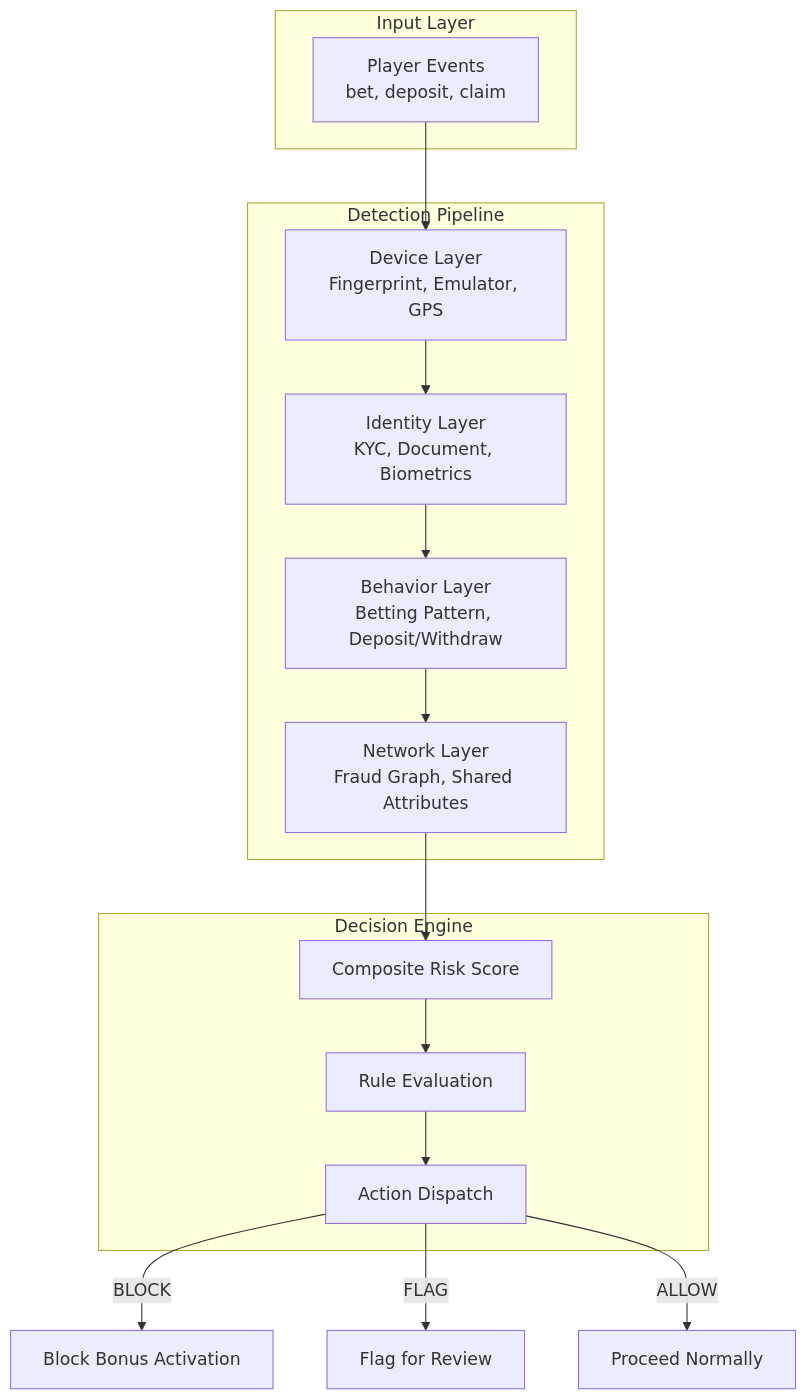
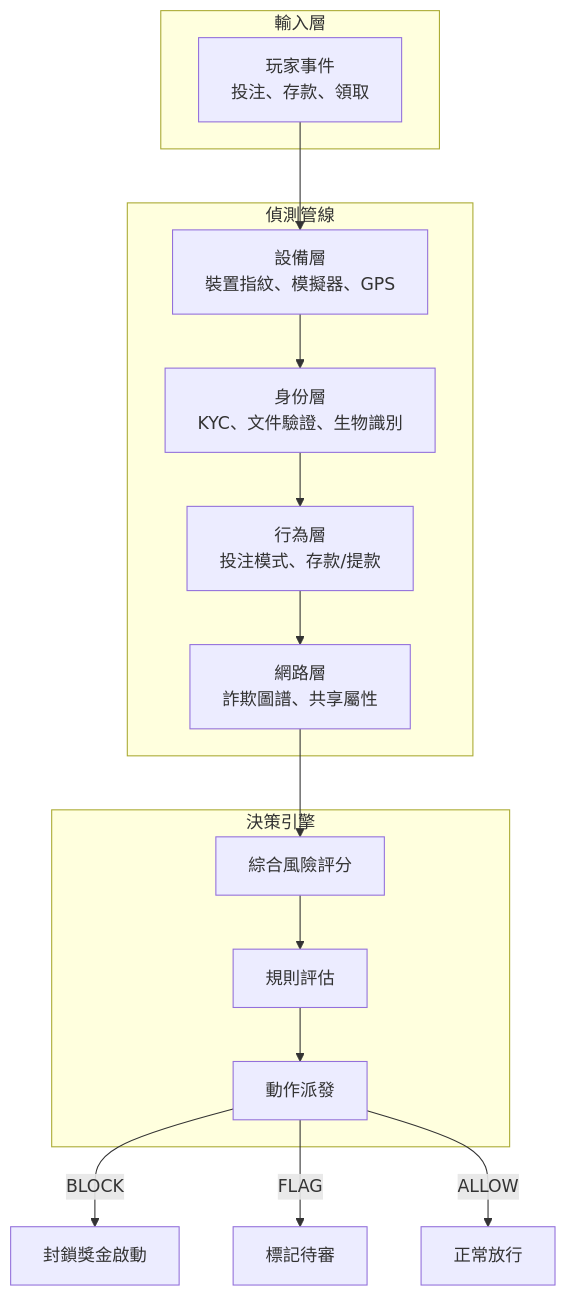
The first of 3 diagrams in docs/iGaming/architecture/04_Activity_Engine/Activity_Risk_System.md (ron03wlb/smart-admin), drawn with Mermaid before and after one commit. The commit also changed other lines of this file and 4 other files, not shown here.

````diff
--- a/docs/iGaming/architecture/04_Activity_Engine/Activity_Risk_System.md
+++ b/docs/iGaming/architecture/04_Activity_Engine/Activity_Risk_System.md
@@ -18,25 +18,25 @@
 ```mermaid
 flowchart TB
-    subgraph Input["Input Layer"]
-        EVT[Player Events<br/>bet, deposit, claim]
+    subgraph Input["輸入層"]
+        EVT[玩家事件<br/>投注、存款、領取]
     end
 
-    subgraph Detection["Detection Pipeline"]
-        DEV[Device Layer<br/>Fingerprint, Emulator, GPS]
-        IDN[Identity Layer<br/>KYC, Document, Biometrics]
-        BHV[Behavior Layer<br/>Betting Pattern, Deposit/Withdraw]
-        NET[Network Layer<br/>Fraud Graph, Shared Attributes]
+    subgraph Detection["偵測管線"]
+        DEV[設備層<br/>裝置指紋、模擬器、GPS]
+        IDN[身份層<br/>KYC、文件驗證、生物識別]
+        BHV[行為層<br/>投注模式、存款/提款]
+        NET[網路層<br/>詐欺圖譜、共享屬性]
     end
 
-    subgraph Decision["Decision Engine"]
-        SCORE[Composite Risk Score]
-        RULES[Rule Evaluation]
-        ACTION[Action Dispatch]
+    subgraph Decision["決策引擎"]
+        SCORE[綜合風險評分]
+        RULES[規則評估]
+        ACTION[動作派發]
     end
 
     EVT --> DEV --> IDN --> BHV --> NET --> SCORE
     SCORE --> RULES --> ACTION
-    ACTION -->|BLOCK| BLK[Block Bonus Activation]
-    ACTION -->|FLAG| FLG[Flag for Review]
-    ACTION -->|ALLOW| ALW[Proceed Normally]
+    ACTION -->|BLOCK| BLK[封鎖獎金啟動]
+    ACTION -->|FLAG| FLG[標記待審]
+    ACTION -->|ALLOW| ALW[正常放行]
 ```
````
